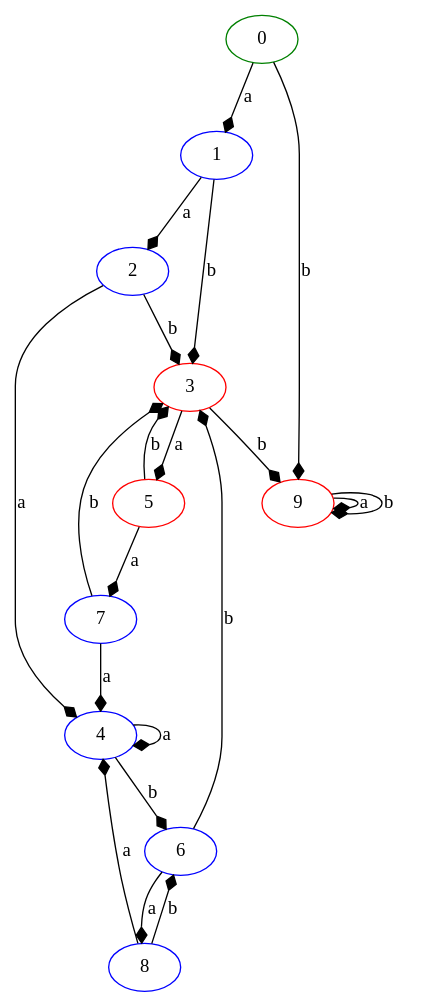
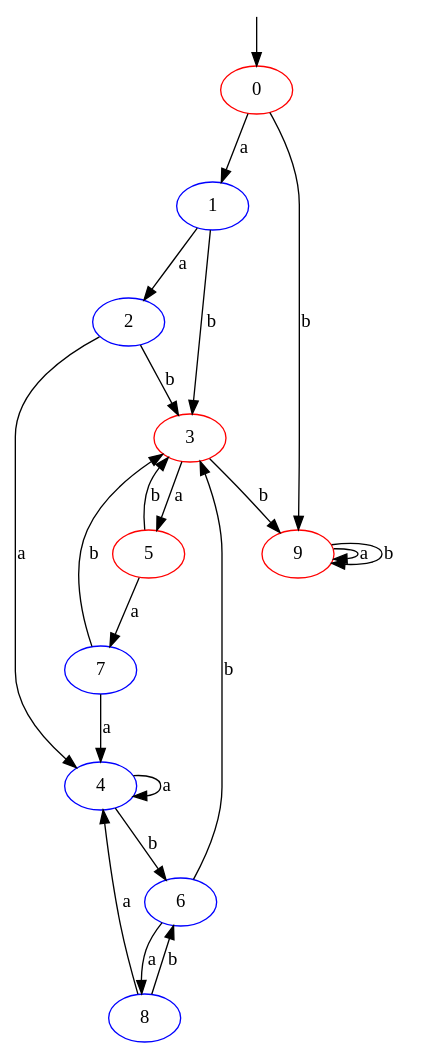
Before and after one commit to XDLoLiK/autore: the diagram in img/dfa_complement.dot, drawn with Graphviz. The commit also changed 9 other files, not shown here.

```diff
--- a/img/dfa_complement.dot
+++ b/img/dfa_complement.dot
@@ -1,1 +1,1 @@
-digraph G{node [color=green;];0;node [color=blue;];1;node [color=blue;];2;node [color=red;];3;node [color=blue;];4;node [color=red;];5;node [color=blue;];6;node [color=blue;];7;node [color=blue;];8;node [color=red;];9;0->1[arrowhead=diamond;label="a";];0->9[arrowhead=diamond;label="b";];1->2[arrowhead=diamond;label="a";];1->3[arrowhead=diamond;label="b";];2->4[arrowhead=diamond;label="a";];2->3[arrowhead=diamond;label="b";];3->5[arrowhead=diamond;label="a";];3->9[arrowhead=diamond;label="b";];4->4[arrowhead=diamond;label="a";];4->6[arrowhead=diamond;label="b";];5->7[arrowhead=diamond;label="a";];5->3[arrowhead=diamond;label="b";];6->8[arrowhead=diamond;label="a";];6->3[arrowhead=diamond;label="b";];7->4[arrowhead=diamond;label="a";];7->3[arrowhead=diamond;label="b";];8->4[arrowhead=diamond;label="a";];8->6[arrowhead=diamond;label="b";];9->9[arrowhead=diamond;label="a";];9->9[arrowhead=diamond;label="b";];}
+digraph G{node [color=red;];0;node [color=blue;];1;node [color=blue;];2;node [color=red;];3;node [color=blue;];4;node [color=red;];5;node [color=blue;];6;node [color=blue;];7;node [color=blue;];8;node [color=red;];9;node [shape=none;label="";height=0;width=0;];-1;-1->0;0->1[label="a";];0->9[label="b";];1->2[label="a";];1->3[label="b";];2->4[label="a";];2->3[label="b";];3->5[label="a";];3->9[label="b";];4->4[label="a";];4->6[label="b";];5->7[label="a";];5->3[label="b";];6->8[label="a";];6->3[label="b";];7->4[label="a";];7->3[label="b";];8->4[label="a";];8->6[label="b";];9->9[label="a";];9->9[label="b";];}
```
